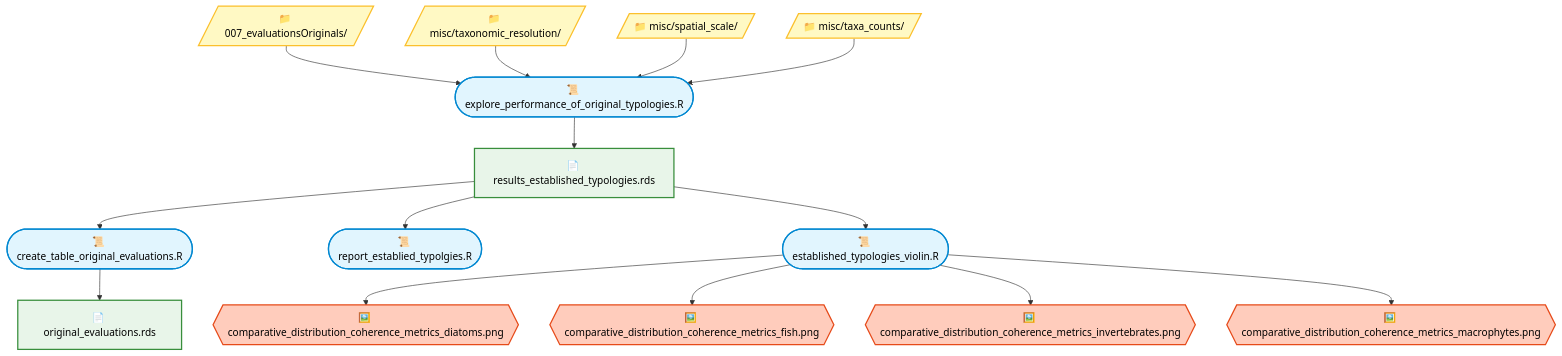
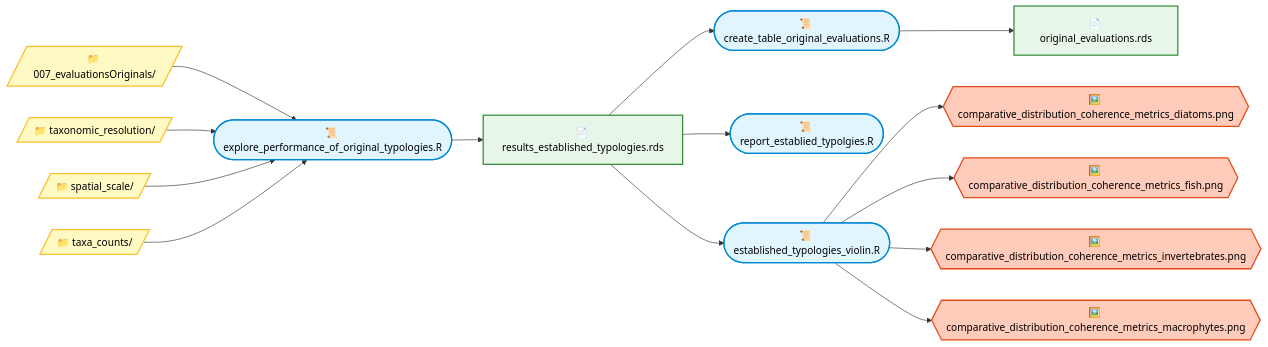
The first of 4 diagrams in docs/04_results_to_paper.md (JonJup/FreshwaterTypologyBenchmarks), drawn with Mermaid before and after one commit. The commit also changed other lines of this file, not shown here.

````diff
--- a/docs/04_results_to_paper.md
+++ b/docs/04_results_to_paper.md
@@ -2,47 +2,47 @@
 ``` mermaid
-flowchart TD
+flowchart LR
 
 classDef script fill:#E1F5FE,stroke:#0288D1,stroke-width:2px,color:#000
 classDef helper fill:#F3E5F5,stroke:#7B1FA2,stroke-width:2px,color:#000
 classDef file fill:#E8F5E9,stroke:#388E3C,stroke-width:2px,color:#000
 classDef folder fill:#FFF9C4,stroke:#FBC02D,stroke-width:2px,color:#000
 classDef figure fill:#FFCCBC,stroke:#E64A19,stroke-width:2px,color:#000
 
 %% Folders
 D1[/"📁 007_evaluationsOriginals/"/]:::folder
-D2[/"📁 misc/taxonomic_resolution/"/]:::folder
-D3[/"📁 misc/spatial_scale/"/]:::folder
-D4[/"📁 misc/taxa_counts/"/]:::folder
+D2[/"📁 taxonomic_resolution/"/]:::folder
+D3[/"📁 spatial_scale/"/]:::folder
+D4[/"📁 taxa_counts/"/]:::folder
 
 %% Scripts
 S1(["📜 explore_performance_of_original_typologies.R"]):::script
 S2(["📜 create_table_original_evaluations.R"]):::script
 S3(["📜 report_establied_typolgies.R"]):::script
 SF1(["📜 established_typologies_violin.R"]):::script
 
 %% Files
 F1["📄 results_established_typologies.rds"]:::file
 F2["📄 original_evaluations.rds"]:::file
 
 %% Figures
 G1{{"🖼️ comparative_distribution_coherence_metrics_diatoms.png"}}:::figure
 G2{{"🖼️ comparative_distribution_coherence_metrics_fish.png"}}:::figure
 G3{{"🖼️ comparative_distribution_coherence_metrics_invertebrates.png"}}:::figure
 G4{{"🖼️ comparative_distribution_coherence_metrics_macrophytes.png"}}:::figure
 
 %% Edges
 D1 --> S1
 D2 --> S1
 D3 --> S1
 D4 --> S1
 S1 --> F1
 F1 --> S2
 F1 --> S3
 F1 --> SF1
 S2 --> F2
 SF1 --> G1
 SF1 --> G2
 SF1 --> G3
 SF1 --> G4
 
 ```
````
